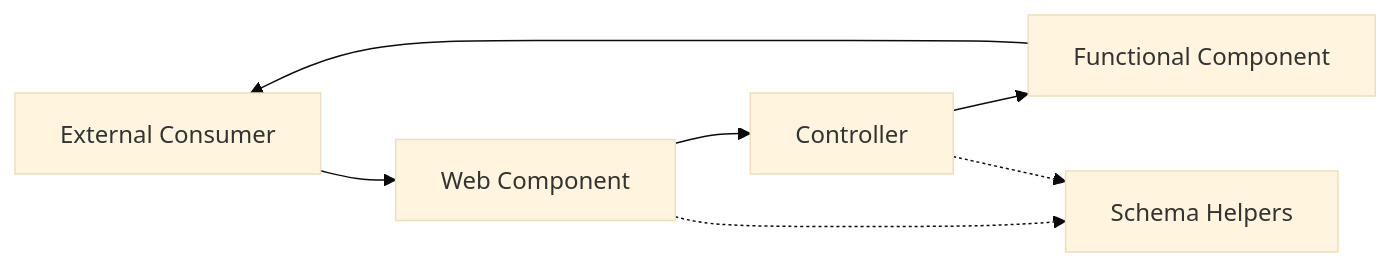
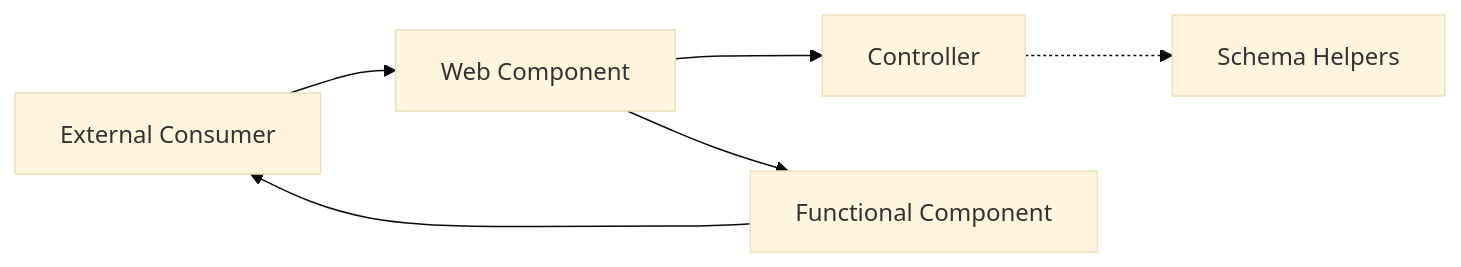
Before and after one commit to public-ui/kolibri: the first of 3 diagrams in packages/components/src/components/_skeleton/ARC42.md, drawn with Mermaid (base theme). The commit also changed other lines of this file, not shown here.

Commit message:
docs: update ARC42.md to correct flowchart connections and enhance pe… (#3241)

````diff
--- a/packages/components/src/components/_skeleton/ARC42.md
+++ b/packages/components/src/components/_skeleton/ARC42.md
@@ -31,9 +31,8 @@
 ```mermaid
 flowchart LR
     Consumer[External Consumer] --> WC[Web Component]
     WC --> Controller
-    Controller --> Renderer[Functional Component]
+    WC --> Renderer[Functional Component]
     Renderer --> Consumer
-    WC -.-> Schema[Schema Helpers]
-    Controller -.-> Schema
+    Controller -.-> Schema[Schema Helpers]
 ```
````
